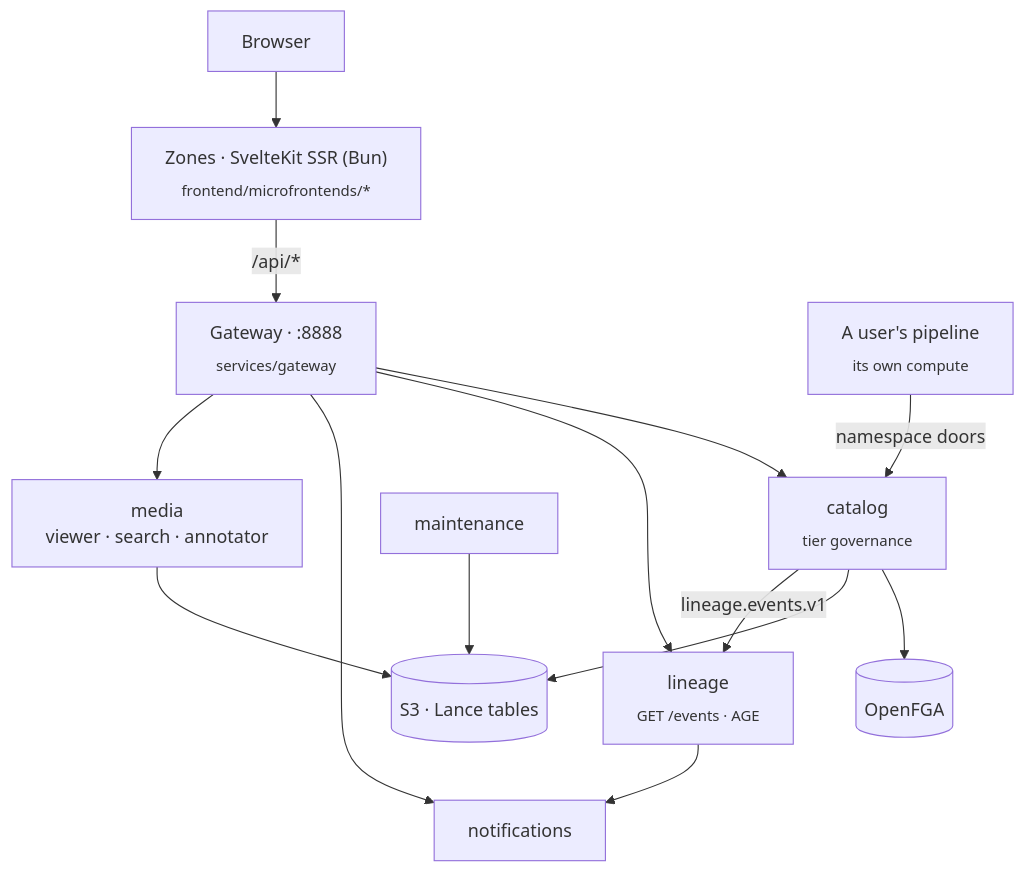
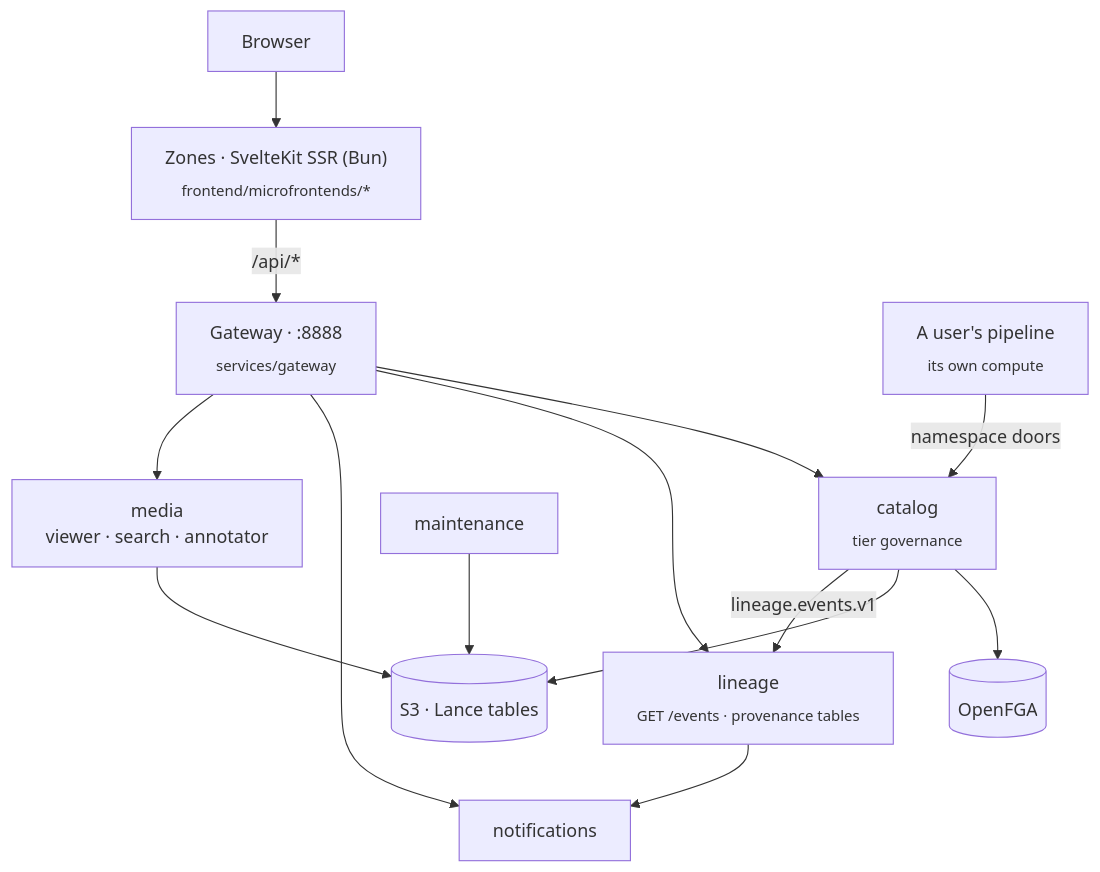
One commit to AI-Riksarkivet/rask changed the diagram in docs/architecture/index.md. Above: the diagram before and after it, drawn with Mermaid. The commit also changed other lines of this file and 352 other files, not shown here.

````diff
--- a/docs/architecture/index.md
+++ b/docs/architecture/index.md
@@ -22,16 +24,16 @@
 ```mermaid
 flowchart TB
     browser["Browser"] --> zones["Zones · SvelteKit SSR (Bun)<br/><sub>frontend/microfrontends/*</sub>"]
     zones -->|"/api/*"| gw["Gateway · :8888<br/><sub>services/gateway</sub>"]
     client["A user's pipeline<br/><sub>its own compute</sub>"] -->|"namespace doors"| cat
     gw --> cat["catalog<br/><sub>tier governance</sub>"]
-    gw --> lin["lineage<br/><sub>GET /events · AGE</sub>"]
+    gw --> lin["lineage<br/><sub>GET /events · provenance tables</sub>"]
     gw --> notif["notifications"]
     gw --> media["media<br/>viewer · search · annotator"]
     cat --> fga[("OpenFGA")]
     cat --> s3[("S3 · Lance tables")]
     cat -->|"lineage.events.v1"| lin
     lin --> notif
     maint["maintenance"] --> s3
     media --> s3
 ```
````
